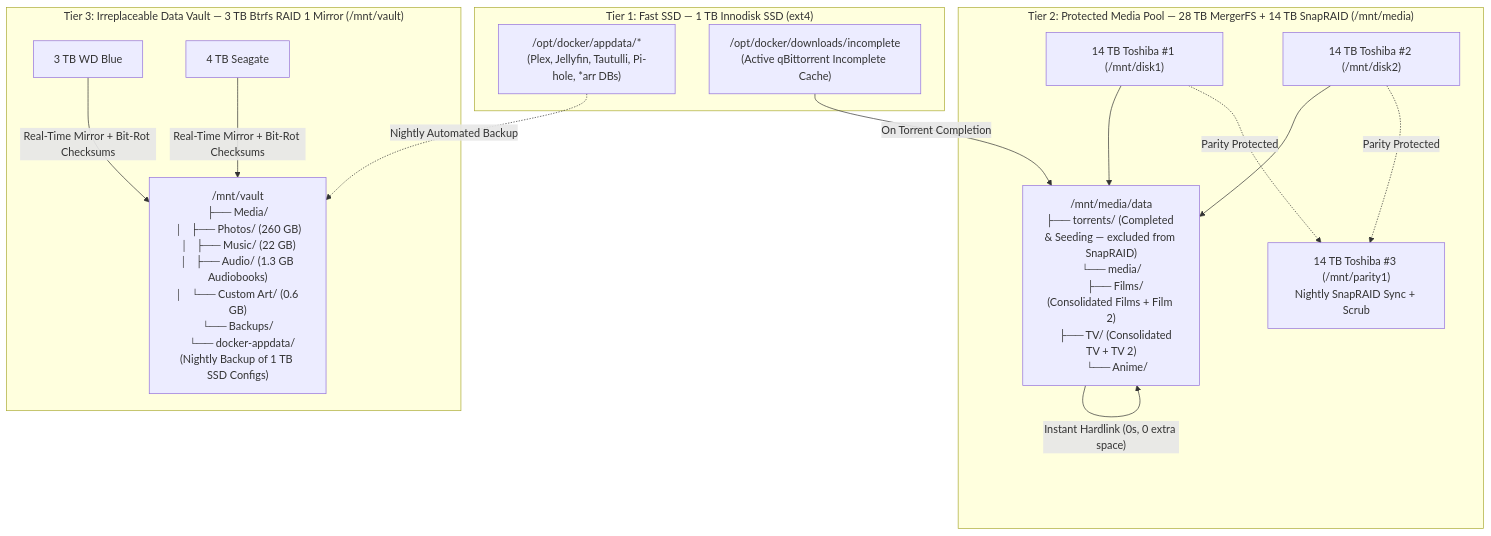
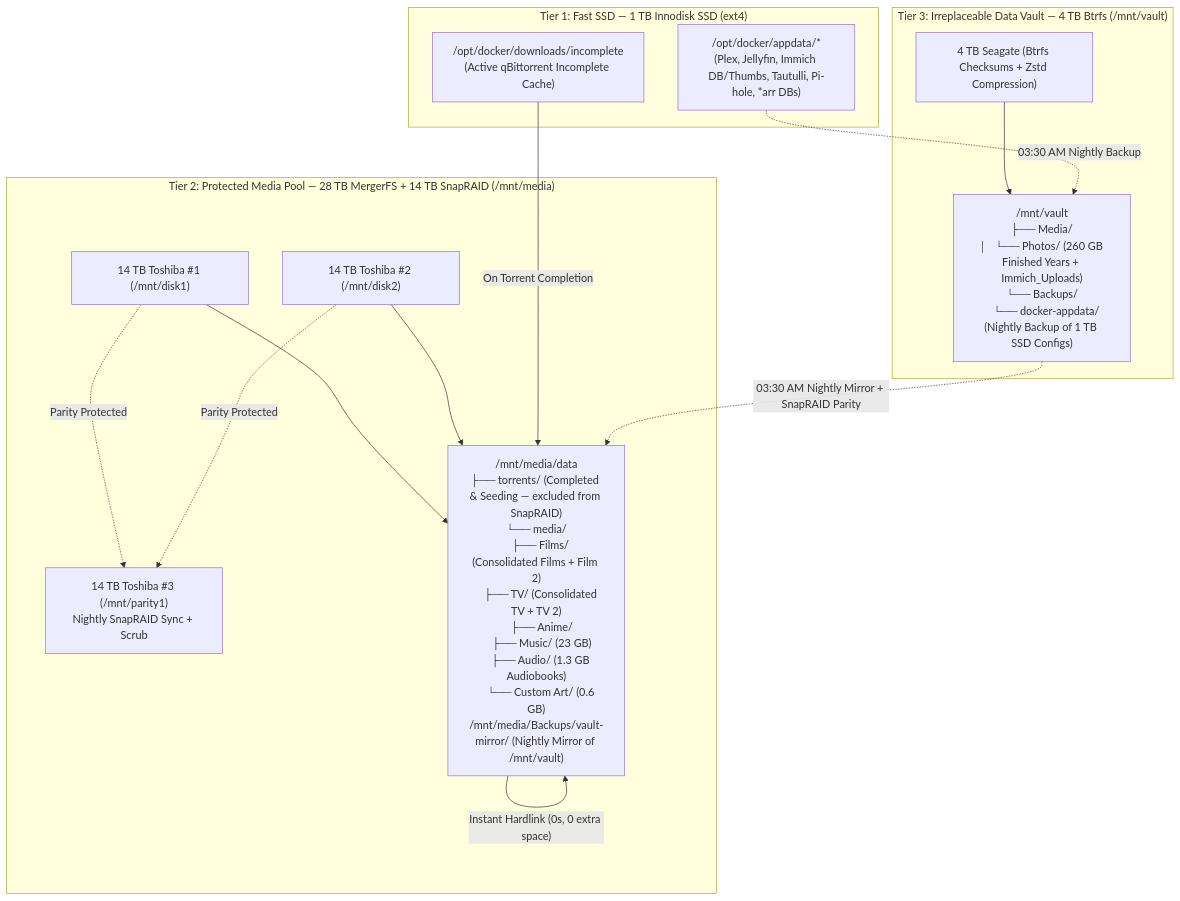
Before and after one commit to magrizzly/MageeMedia: the diagram in README.md, drawn with Mermaid. The commit also changed other lines of this file and 17 other files, not shown here.

````diff
--- a/README.md
+++ b/README.md
@@ -30,27 +29,27 @@
 ```mermaid
 flowchart TB
     subgraph SSD_Tier["Tier 1: Fast SSD — 1 TB Innodisk SSD (ext4)"]
-        APPDATA["/opt/docker/appdata/*<br/>(Plex, Jellyfin, Tautulli, Pi-hole, *arr DBs)"]
+        APPDATA["/opt/docker/appdata/*<br/>(Plex, Jellyfin, Immich DB/Thumbs, Tautulli, Pi-hole, *arr DBs)"]
         INCOMPLETE["/opt/docker/downloads/incomplete<br/>(Active qBittorrent Incomplete Cache)"]
     end
 
     subgraph Media_Pool["Tier 2: Protected Media Pool — 28 TB MergerFS + 14 TB SnapRAID (/mnt/media)"]
         DISK1["14 TB Toshiba #1 (/mnt/disk1)"]
         DISK2["14 TB Toshiba #2 (/mnt/disk2)"]
         PARITY["14 TB Toshiba #3 (/mnt/parity1)<br/>Nightly SnapRAID Sync + Scrub"]
-        MERGER["/mnt/media/data<br/>├── torrents/ (Completed & Seeding — excluded from SnapRAID)<br/>└── media/<br/>    ├── Films/ (Consolidated Films + Film 2)<br/>    ├── TV/ (Consolidated TV + TV 2)<br/>    └── Anime/"]
+        MERGER["/mnt/media/data<br/>├── torrents/ (Completed & Seeding — excluded from SnapRAID)<br/>└── media/<br/>    ├── Films/ (Consolidated Films + Film 2)<br/>    ├── TV/ (Consolidated TV + TV 2)<br/>    ├── Anime/<br/>    ├── Music/ (23 GB)<br/>    ├── Audio/ (1.3 GB Audiobooks)<br/>    └── Custom Art/ (0.6 GB)<br/>/mnt/media/Backups/vault-mirror/ (Nightly Mirror of /mnt/vault)"]
         DISK1 & DISK2 --> MERGER
         DISK1 & DISK2 -.->|"Parity Protected"| PARITY
     end
 
-    subgraph Vault_Pool["Tier 3: Irreplaceable Data Vault — 3 TB Btrfs RAID 1 Mirror (/mnt/vault)"]
-        WD3["3 TB WD Blue"]
-        SG4["4 TB Seagate"]
-        VAULT["/mnt/vault<br/>├── Media/<br/>│   ├── Photos/ (260 GB)<br/>│   ├── Music/ (22 GB)<br/>│   ├── Audio/ (1.3 GB Audiobooks)<br/>│   └── Custom Art/ (0.6 GB)<br/>└── Backups/<br/>    └── docker-appdata/ (Nightly Backup of 1 TB SSD Configs)"]
-        WD3 & SG4 -->|"Real-Time Mirror + Bit-Rot Checksums"| VAULT
+    subgraph Vault_Pool["Tier 3: Irreplaceable Data Vault — 4 TB Btrfs (/mnt/vault)"]
+        SG4["4 TB Seagate (Btrfs Checksums + Zstd Compression)"]
+        VAULT["/mnt/vault<br/>├── Media/<br/>│   └── Photos/ (260 GB Finished Years + Immich_Uploads)<br/>└── Backups/<br/>    └── docker-appdata/ (Nightly Backup of 1 TB SSD Configs)"]
+        SG4 --> VAULT
     end
 
     INCOMPLETE -->|"On Torrent Completion"| MERGER
     MERGER -->|"Instant Hardlink (0s, 0 extra space)"| MERGER
-    APPDATA -.->|"Nightly Automated Backup"| VAULT
+    APPDATA -.->|"03:30 AM Nightly Backup"| VAULT
+    VAULT -.->|"03:30 AM Nightly Mirror + SnapRAID Parity"| MERGER
 ```
````
